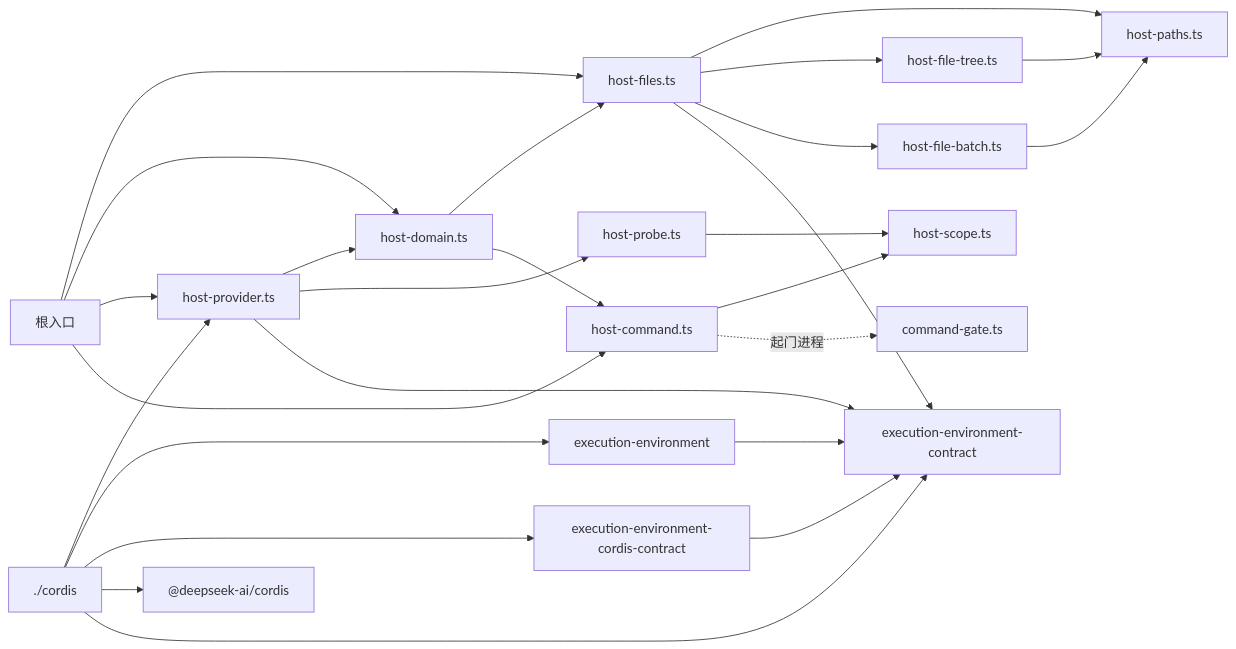
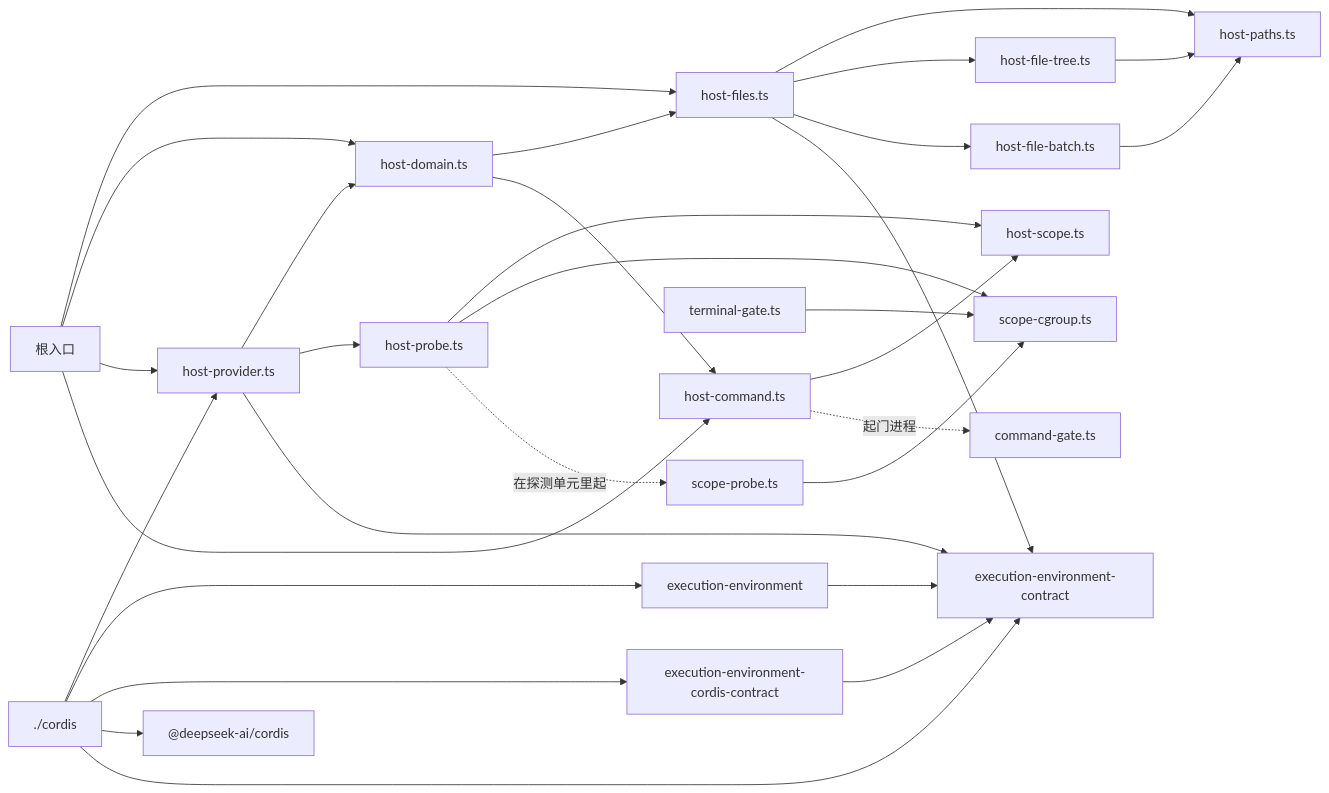
One commit to nemori-ai/omne-harness-lite changed the first of 2 diagrams in packages/execution/execution-environment-host-local/docs/architecture.md. Above: the diagram before and after it, drawn with Mermaid. The commit also changed other lines of this file and 18 other files, not shown here.

````diff
--- a/packages/execution/execution-environment-host-local/docs/architecture.md
+++ b/packages/execution/execution-environment-host-local/docs/architecture.md
@@ -36,28 +38,32 @@
 ```mermaid
 flowchart LR
   Root[根入口] --> Files[host-files.ts]
   Files --> Paths[host-paths.ts]
   Files --> Tree[host-file-tree.ts]
   Files --> Batch[host-file-batch.ts]
   Tree --> Paths
   Batch --> Paths
   Root --> Domain[host-domain.ts]
   Root --> Provider[host-provider.ts]
   Domain --> Files
   Provider --> Domain
   Root --> Command[host-command.ts]
   Domain --> Command
   Provider --> Probe[host-probe.ts]
   Command --> Scope[host-scope.ts]
   Probe --> Scope
   Command -. 起门进程 .-> Gate[command-gate.ts]
+  Probe --> Cgroup[scope-cgroup.ts]
+  Probe -. 在探测单元里起 .-> ScopeProbe[scope-probe.ts]
+  ScopeProbe --> Cgroup
+  TerminalGate[terminal-gate.ts] --> Cgroup
   Cordis[./cordis] --> Provider
   Cordis --> EE[execution-environment]
   Cordis --> EECC[execution-environment-cordis-contract]
   Cordis --> Lib["@deepseek-ai/cordis"]
   Files --> EEC[execution-environment-contract]
   Provider --> EEC
   Cordis --> EEC
   EECC --> EEC
   EE --> EEC
 ```
````
